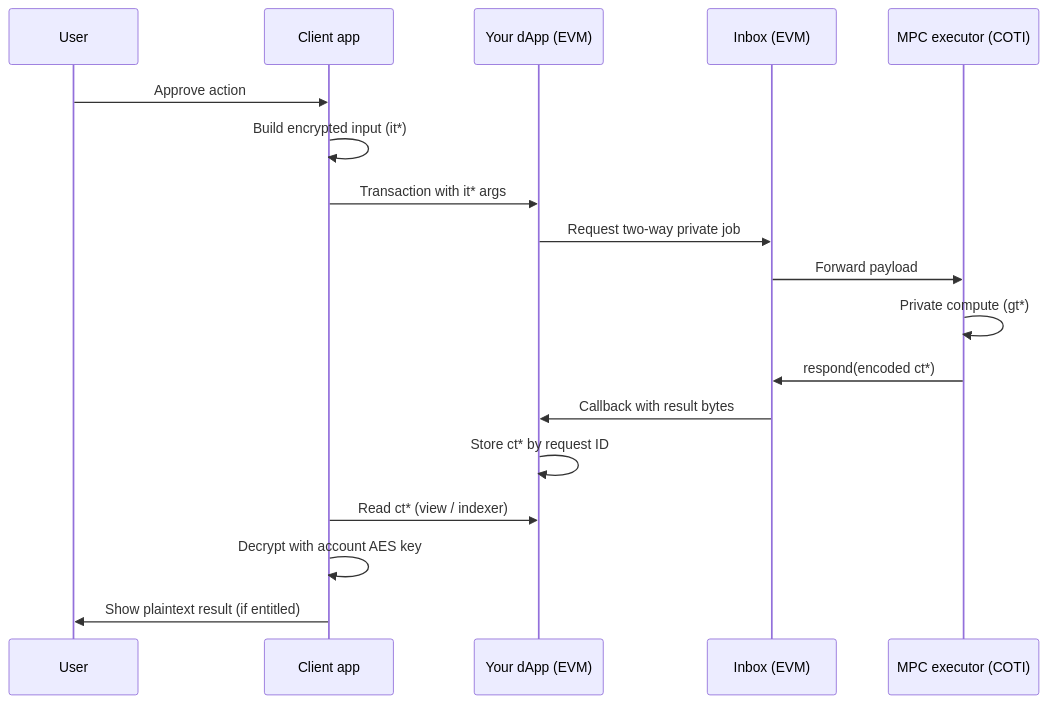
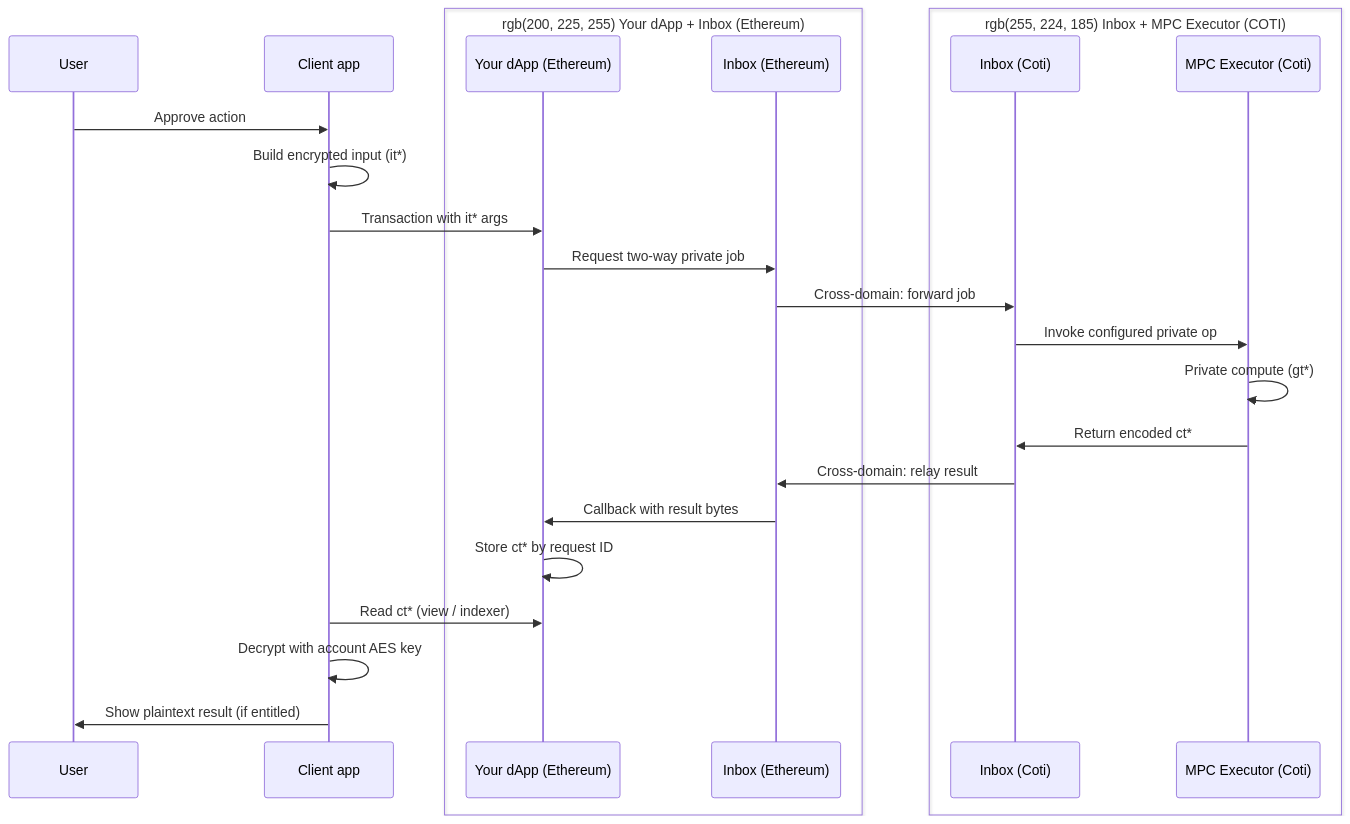
The diagram in privacy-on-demand/how-a-private-request-travels-end-to-end.md (naiemk-coti/documentation), drawn with Mermaid before and after one commit. The commit also changed other lines of this file and 1 other file, not shown here.

Commit message:
Update pod docs

````diff
--- a/privacy-on-demand/how-a-private-request-travels-end-to-end.md
+++ b/privacy-on-demand/how-a-private-request-travels-end-to-end.md
@@ -28,21 +31,28 @@
 ```mermaid
 sequenceDiagram
     participant User as User
     participant Client as Client app
-    participant Dapp as Your dApp (EVM)
-    participant Inbox as Inbox (EVM)
-    participant Exec as MPC executor (COTI)
+    box rgb(200, 225, 255) Your dApp + Inbox (Ethereum)
+        participant Dapp as Your dApp (Ethereum)
+        participant InboxEvm as Inbox (Ethereum)
+    end
+    box rgb(255, 224, 185) Inbox + MPC Executor (COTI)
+        participant InboxCoti as Inbox (Coti)
+        participant Exec as MPC Executor (Coti)
+    end
 
     User->>Client: Approve action
     Client->>Client: Build encrypted input (it*)
     Client->>Dapp: Transaction with it* args
-    Dapp->>Inbox: Request two-way private job
-    Inbox->>Exec: Forward payload
+    Dapp->>InboxEvm: Request two-way private job
+    InboxEvm->>InboxCoti: Cross-domain: forward job
+    InboxCoti->>Exec: Invoke configured private op
     Exec->>Exec: Private compute (gt*)
-    Exec->>Inbox: respond(encoded ct*)
-    Inbox->>Dapp: Callback with result bytes
+    Exec->>InboxCoti: Return encoded ct*
+    InboxCoti->>InboxEvm: Cross-domain: relay result
+    InboxEvm->>Dapp: Callback with result bytes
     Dapp->>Dapp: Store ct* by request ID
     Client->>Dapp: Read ct* (view / indexer)
     Client->>Client: Decrypt with account AES key
     Client->>User: Show plaintext result (if entitled)
 ```
````
